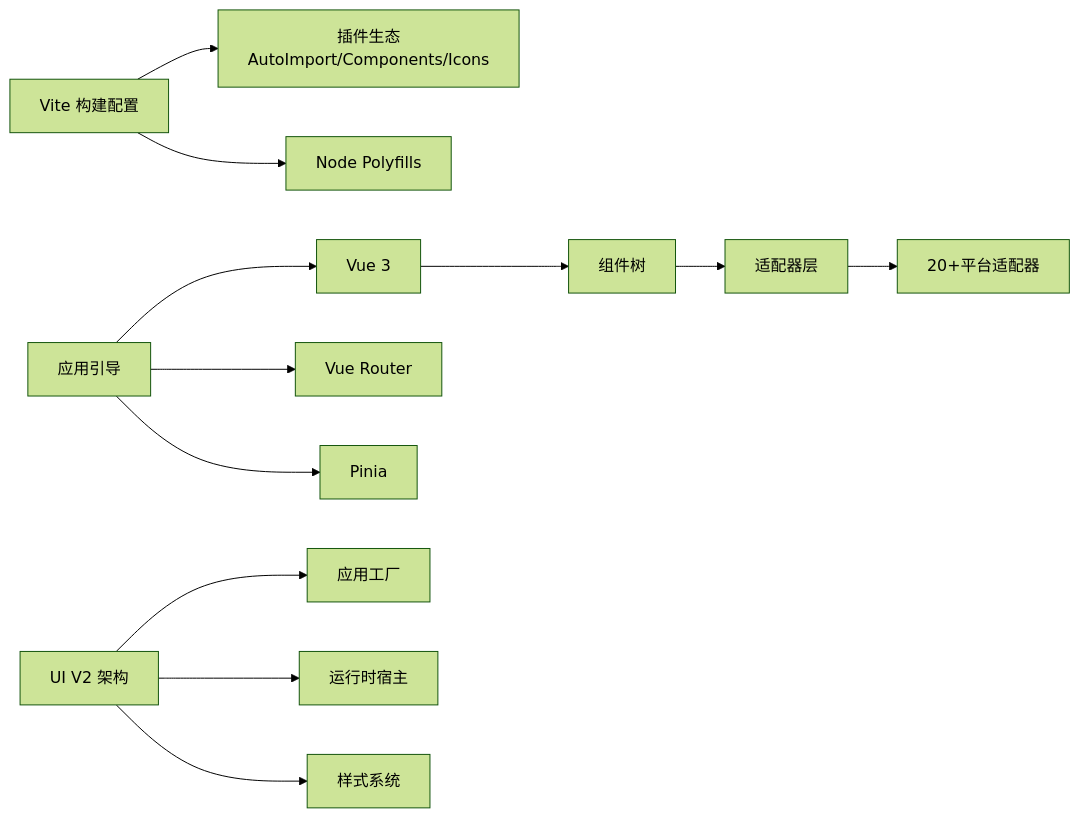
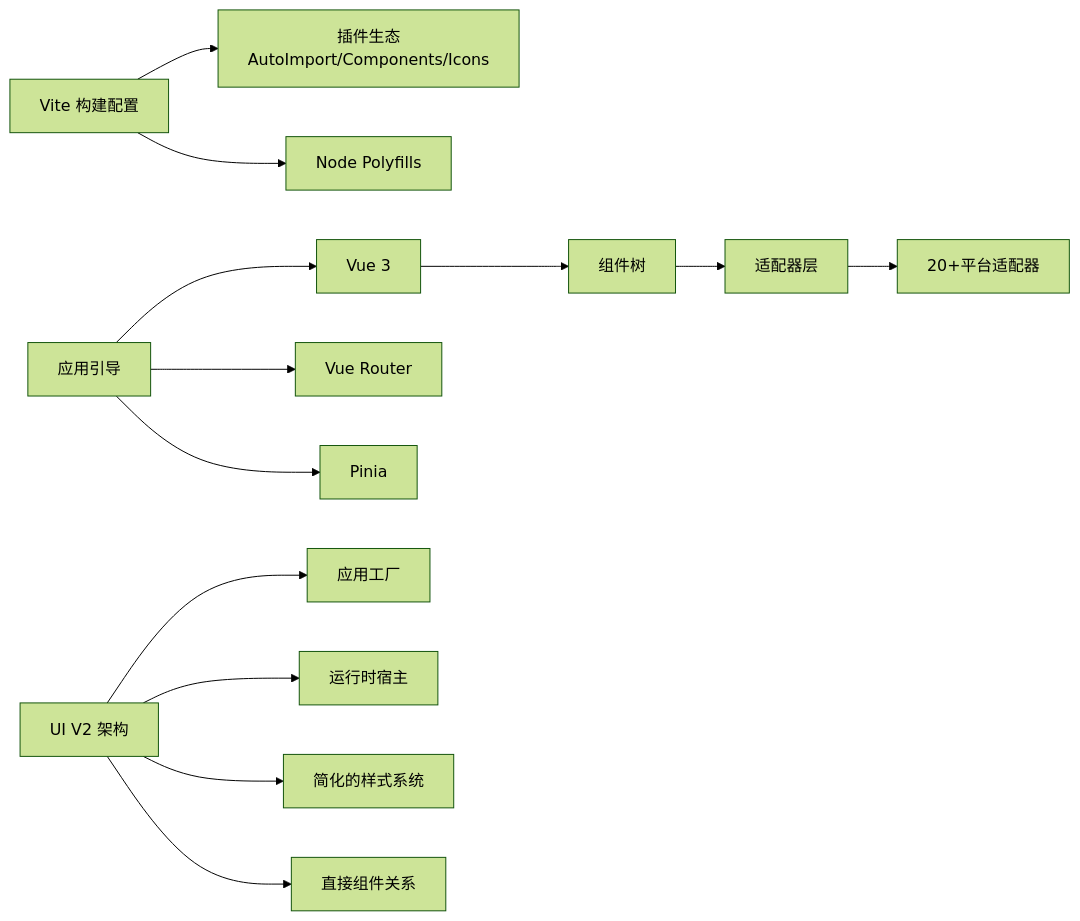
Before and after one commit to terwer/siyuan-plugin-publisher: diagram 14 of 14 in .qoder/repowiki/zh/content/核心架构/核心架构.md, drawn with Mermaid (forest theme). The commit also changed other lines of this file and 27 other files, not shown here.

````diff
--- a/.qoder/repowiki/zh/content/核心架构/核心架构.md
+++ b/.qoder/repowiki/zh/content/核心架构/核心架构.md
@@ -542,14 +632,15 @@
 ```mermaid
 graph LR
 Vite["Vite 构建配置"] --> Plugins["插件生态<br/>AutoImport/Components/Icons"]
 Vite --> Polyfill["Node Polyfills"]
 Bootstrap["应用引导"] --> Vue["Vue 3"]
 Bootstrap --> Router["Vue Router"]
 Bootstrap --> Pinia["Pinia"]
 Vue --> Components["组件树"]
 Components --> Adaptors["适配器层"]
 Adaptors --> Platforms["20+平台适配器"]
 V2["UI V2 架构"] --> Factory["应用工厂"]
 V2 --> Host["运行时宿主"]
-V2 --> Styles["样式系统"]
+V2 --> Simplified["简化的样式系统"]
+V2 --> Direct["直接组件关系"]
 ```
````
